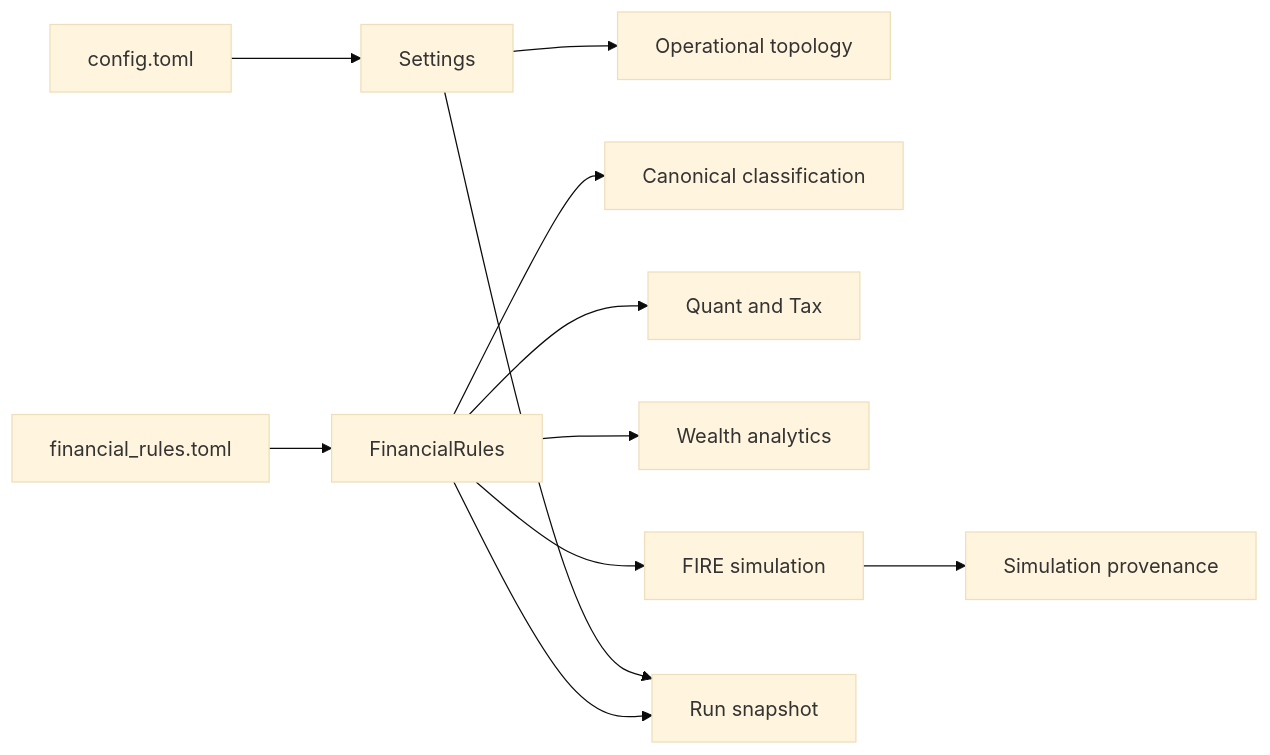
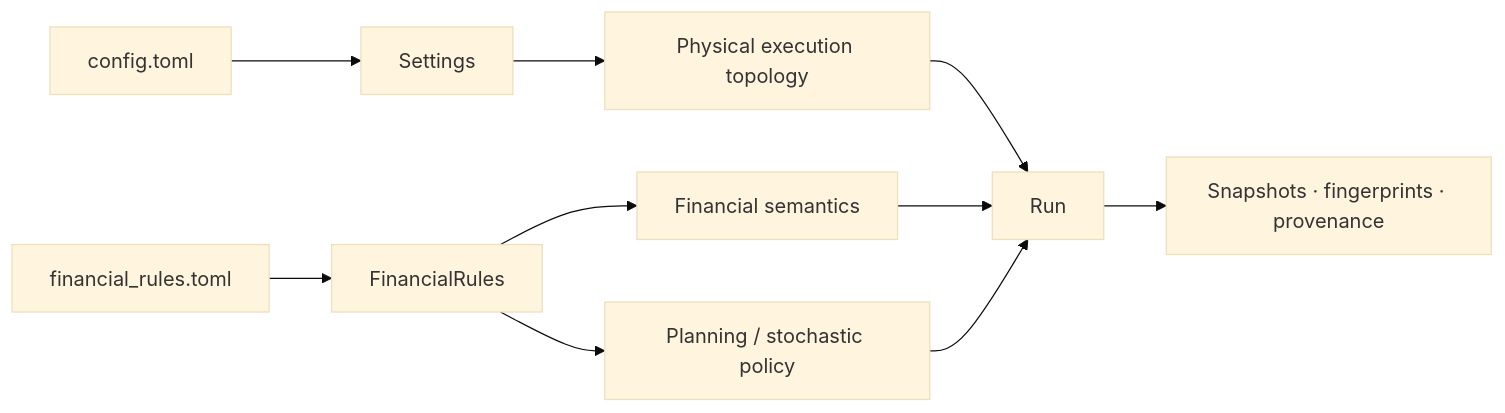
The first of 4 diagrams in docs/configuration/README.md (tks18/personal-finance-etl), drawn with Mermaid (base theme) before and after one commit. The commit also changed other lines of this file and 3 other files, not shown here.

````diff
--- a/docs/configuration/README.md
+++ b/docs/configuration/README.md
@@ -5,13 +17,15 @@
 ```mermaid
 flowchart LR
-    TOML1[config.toml] --> S[Settings]
-    TOML2[financial_rules.toml] --> F[FinancialRules]
-    S --> O[Operational topology]
-    F --> C[Canonical classification]
-    F --> Q[Quant and Tax]
-    F --> W[Wealth analytics]
-    F --> MC[FIRE simulation]
-    S --> CP[Run snapshot]
-    F --> CP
-    MC --> SP[Simulation provenance]
+    TOML1["config.toml"] --> S["Settings"]
+    TOML2["financial_rules.toml"] --> R["FinancialRules"]
+
+    S --> PHY["Physical execution topology"]
+    R --> SEM["Financial semantics"]
+    R --> STO["Planning / stochastic policy"]
+
+    PHY --> RUN["Run"]
+    SEM --> RUN
+    STO --> RUN
+
+    RUN --> AUDIT["Snapshots · fingerprints · provenance"]
 ```
````
